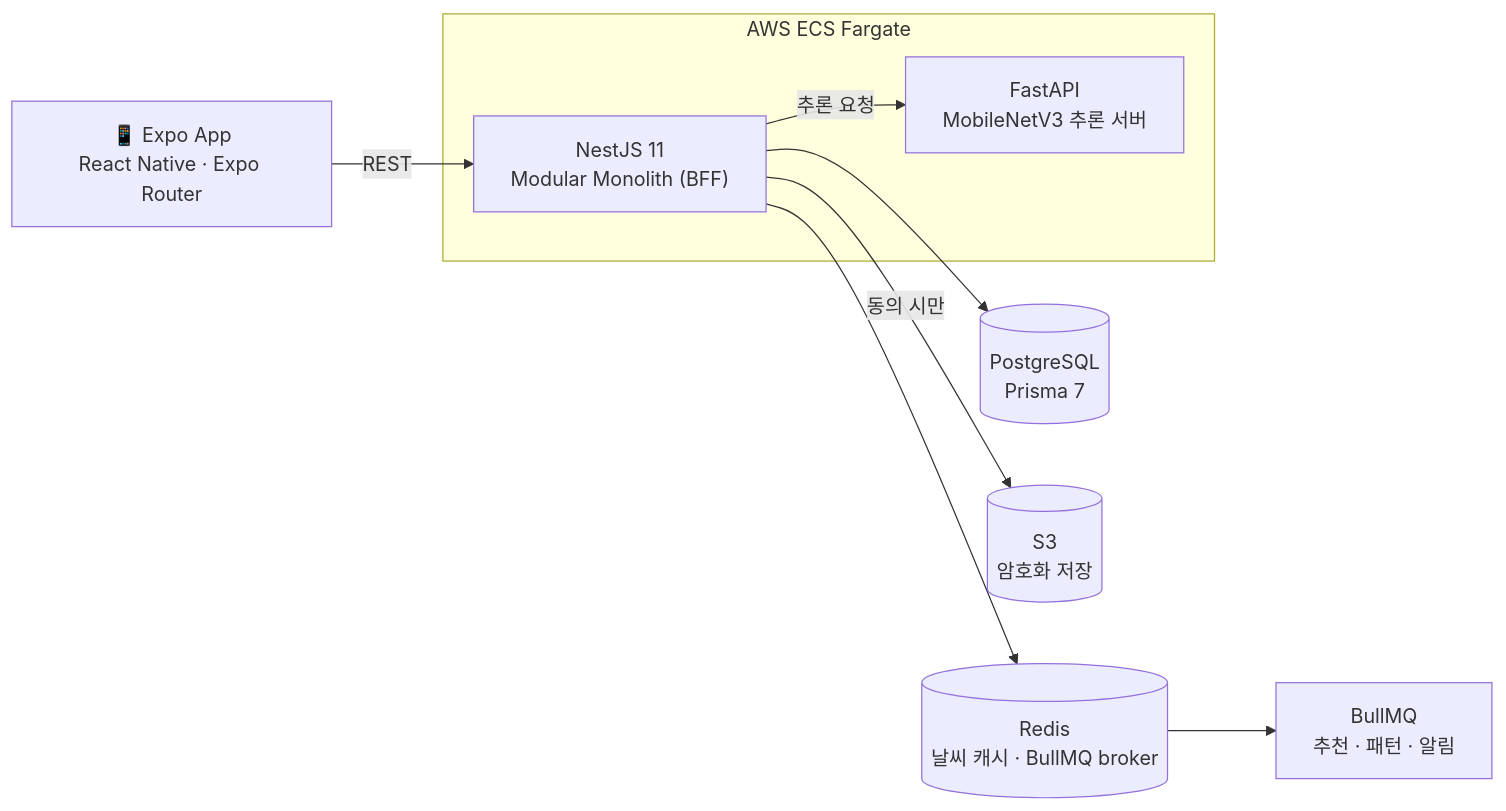
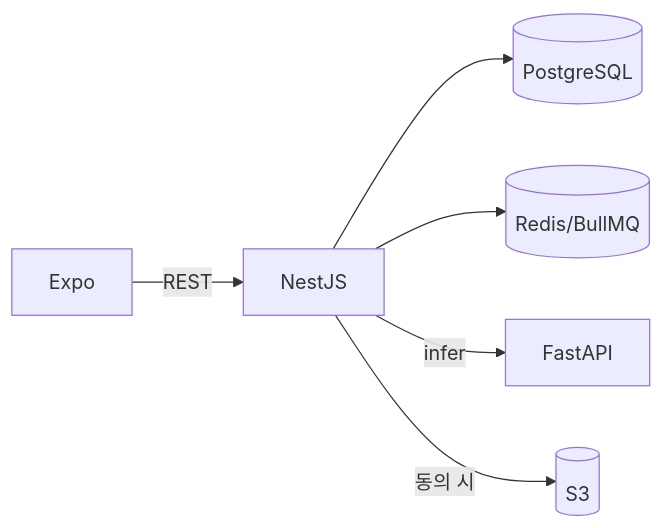
The diagram in README.md (jae-ho93/Todayskin), drawn with Mermaid before and after one commit. The commit also changed other lines of this file and 19 other files, not shown here.

````diff
--- a/README.md
+++ b/README.md
@@ -33,13 +15,8 @@
 ```mermaid
 flowchart LR
-    APP["📱 Expo App<br/>React Native · Expo Router"] -->|REST| API["NestJS 11<br/>Modular Monolith (BFF)"]
-    API --> PG[("PostgreSQL<br/>Prisma 7")]
-    API --> REDIS[("Redis<br/>날씨 캐시 · BullMQ broker")]
-    API -->|추론 요청| AI["FastAPI<br/>MobileNetV3 추론 서버"]
-    API -->|동의 시만| S3[("S3<br/>암호화 저장")]
-    REDIS --> QUEUE["BullMQ<br/>추천 · 패턴 · 알림"]
-    subgraph AWS["AWS ECS Fargate"]
-        API
-        AI
-    end
+    APP[Expo] -->|REST| API[NestJS]
+    API --> PG[(PostgreSQL)]
+    API --> REDIS[(Redis/BullMQ)]
+    API -->|infer| AI[FastAPI]
+    API -->|동의 시| S3[(S3)]
 ```
````
